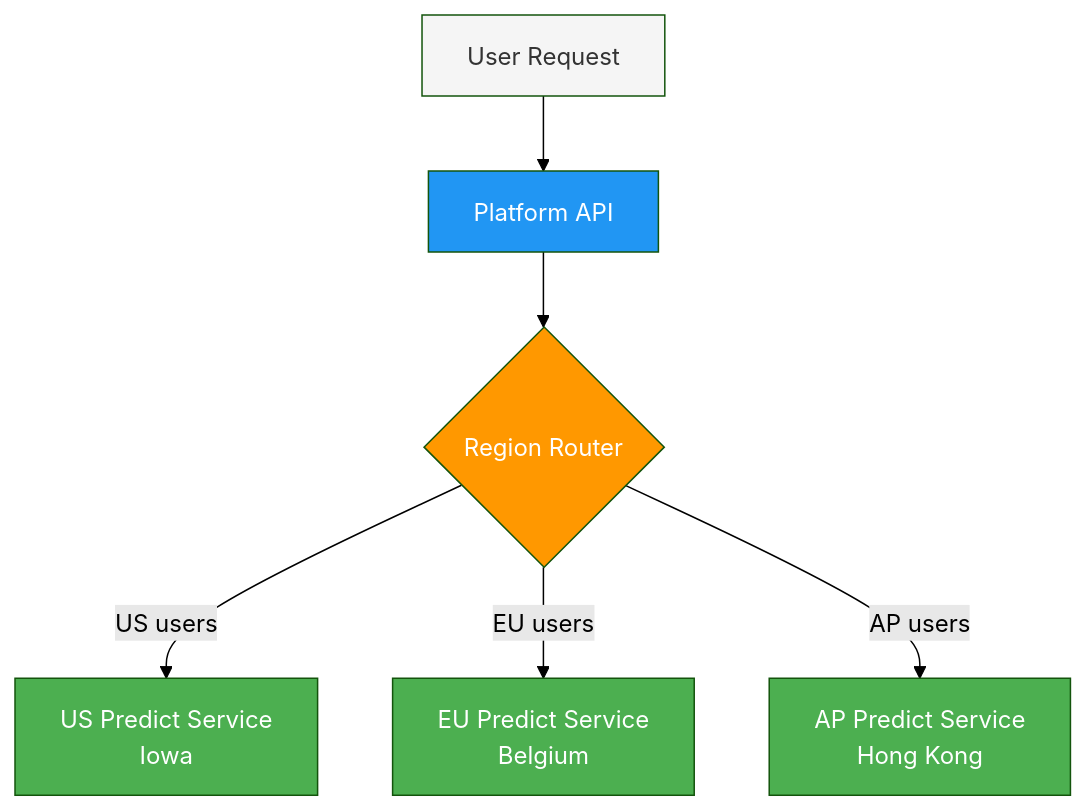
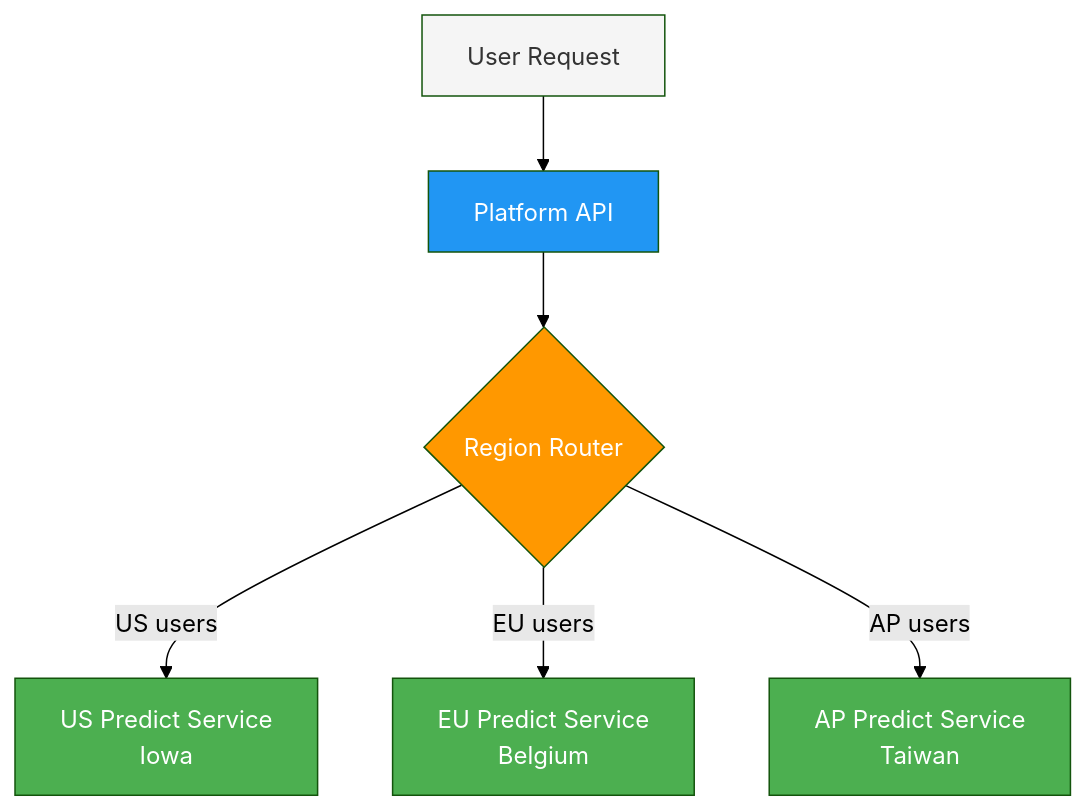
Before and after one commit to ultralytics/ultralytics: the second of 2 diagrams in docs/en/platform/deploy/index.md, drawn with Mermaid (forest theme). The commit also changed other lines of this file and 18 other files, not shown here.

````diff
--- a/docs/en/platform/deploy/index.md
+++ b/docs/en/platform/deploy/index.md
@@ -59,15 +59,15 @@
 ```mermaid
 graph TB
     User[User Request] --> API[Platform API]
     API --> Router{Region Router}
     Router -->|US users| US["US Predict Service<br/>Iowa"]
     Router -->|EU users| EU["EU Predict Service<br/>Belgium"]
-    Router -->|AP users| AP["AP Predict Service<br/>Hong Kong"]
+    Router -->|AP users| AP["AP Predict Service<br/>Taiwan"]
 
     style User fill:#f5f5f5,color:#333
     style API fill:#2196F3,color:#fff
     style Router fill:#FF9800,color:#fff
     style US fill:#4CAF50,color:#fff
     style EU fill:#4CAF50,color:#fff
     style AP fill:#4CAF50,color:#fff
 ```
````
